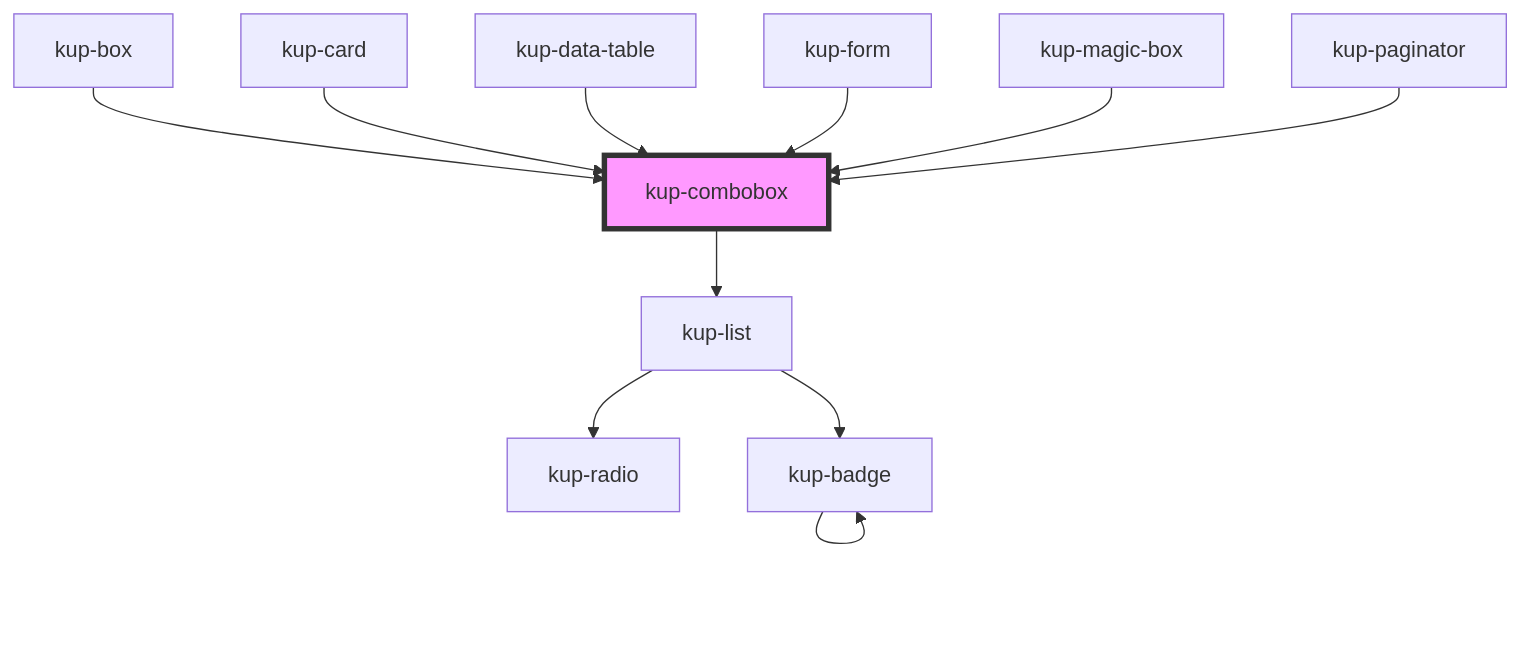
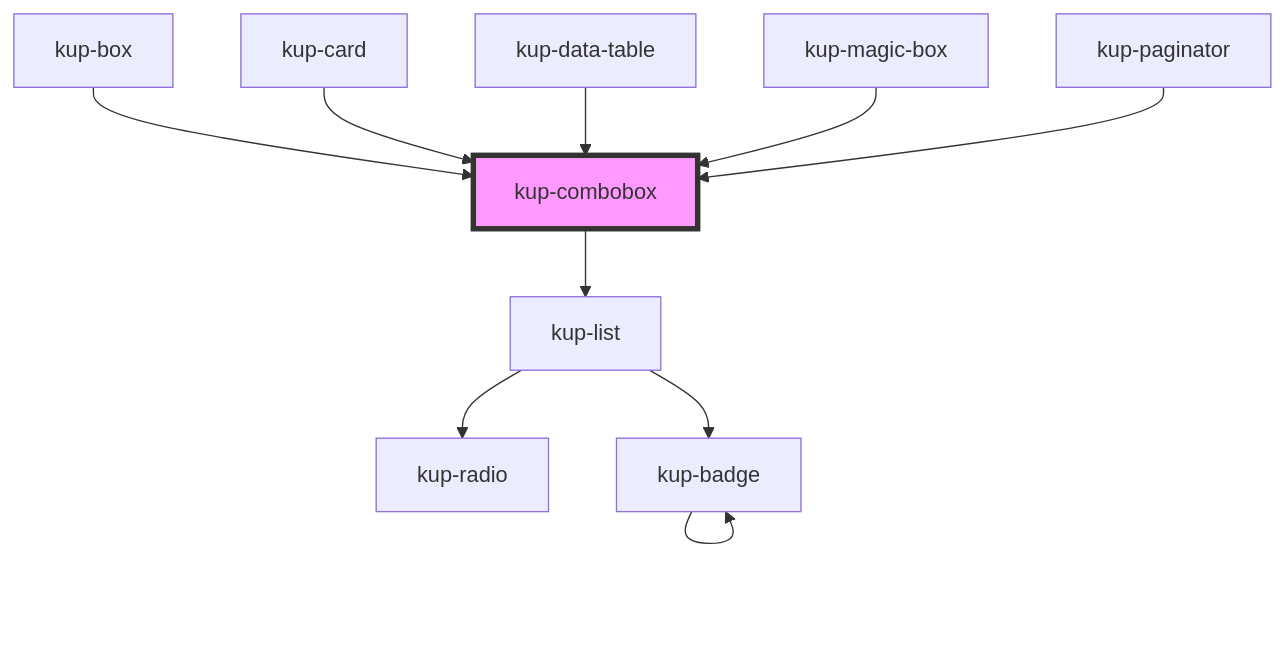
The diagram in packages/ketchup/src/components/kup-combobox/readme.md (smeup/ketchup), drawn with Mermaid before and after one commit. The commit also changed other lines of this file and 40 other files, not shown here.

Commit message:
kup-crud, kup-form, kup-modal, kup-search: removed from library.

````diff
--- a/packages/ketchup/src/components/kup-combobox/readme.md
+++ b/packages/ketchup/src/components/kup-combobox/readme.md
@@ -112,14 +111,13 @@
 ```mermaid
 graph TD;
   kup-combobox --> kup-list
   kup-list --> kup-radio
   kup-list --> kup-badge
   kup-badge --> kup-badge
   kup-box --> kup-combobox
   kup-card --> kup-combobox
   kup-data-table --> kup-combobox
-  kup-form --> kup-combobox
   kup-magic-box --> kup-combobox
   kup-paginator --> kup-combobox
   style kup-combobox fill:#f9f,stroke:#333,stroke-width:4px
 ```
````
